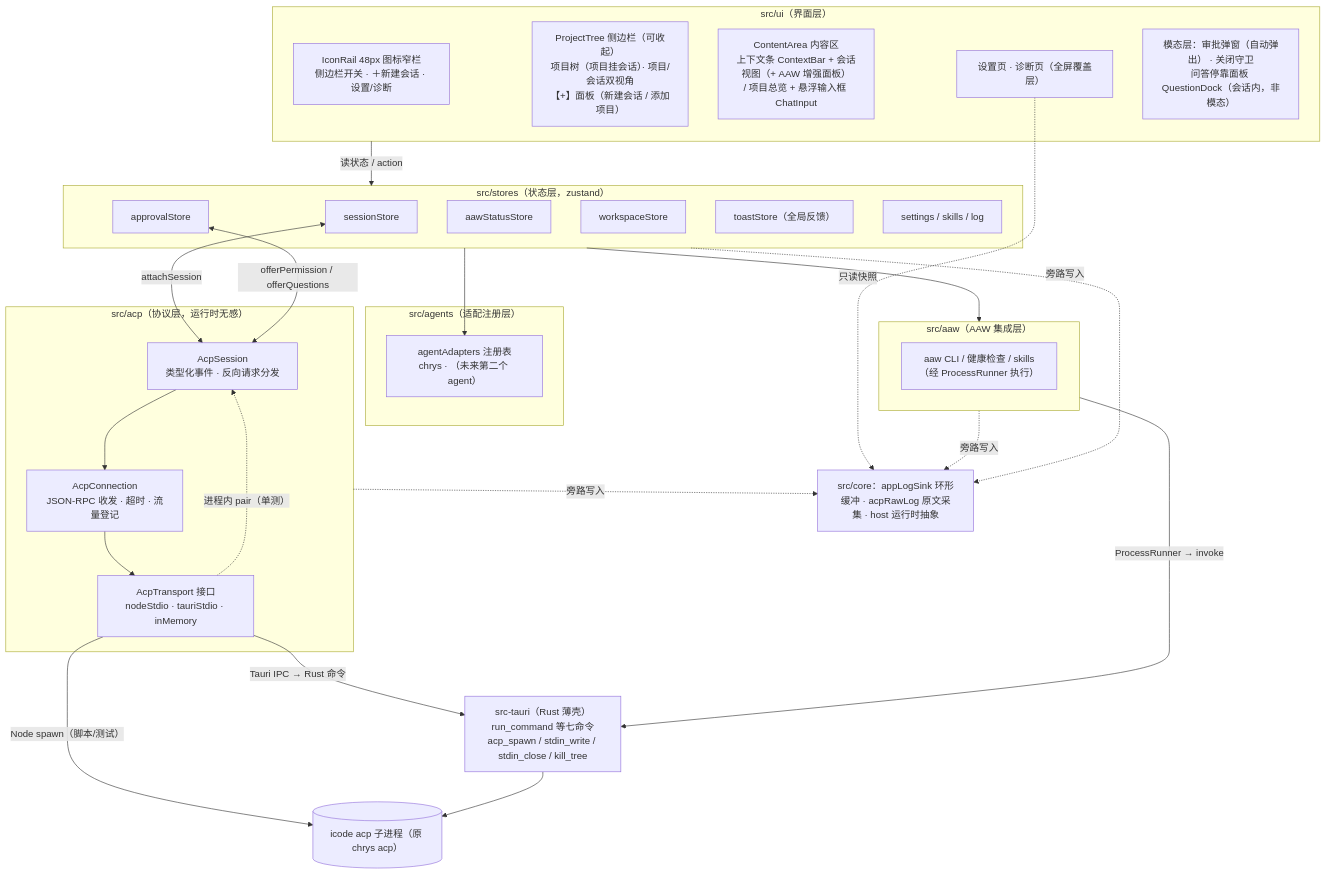
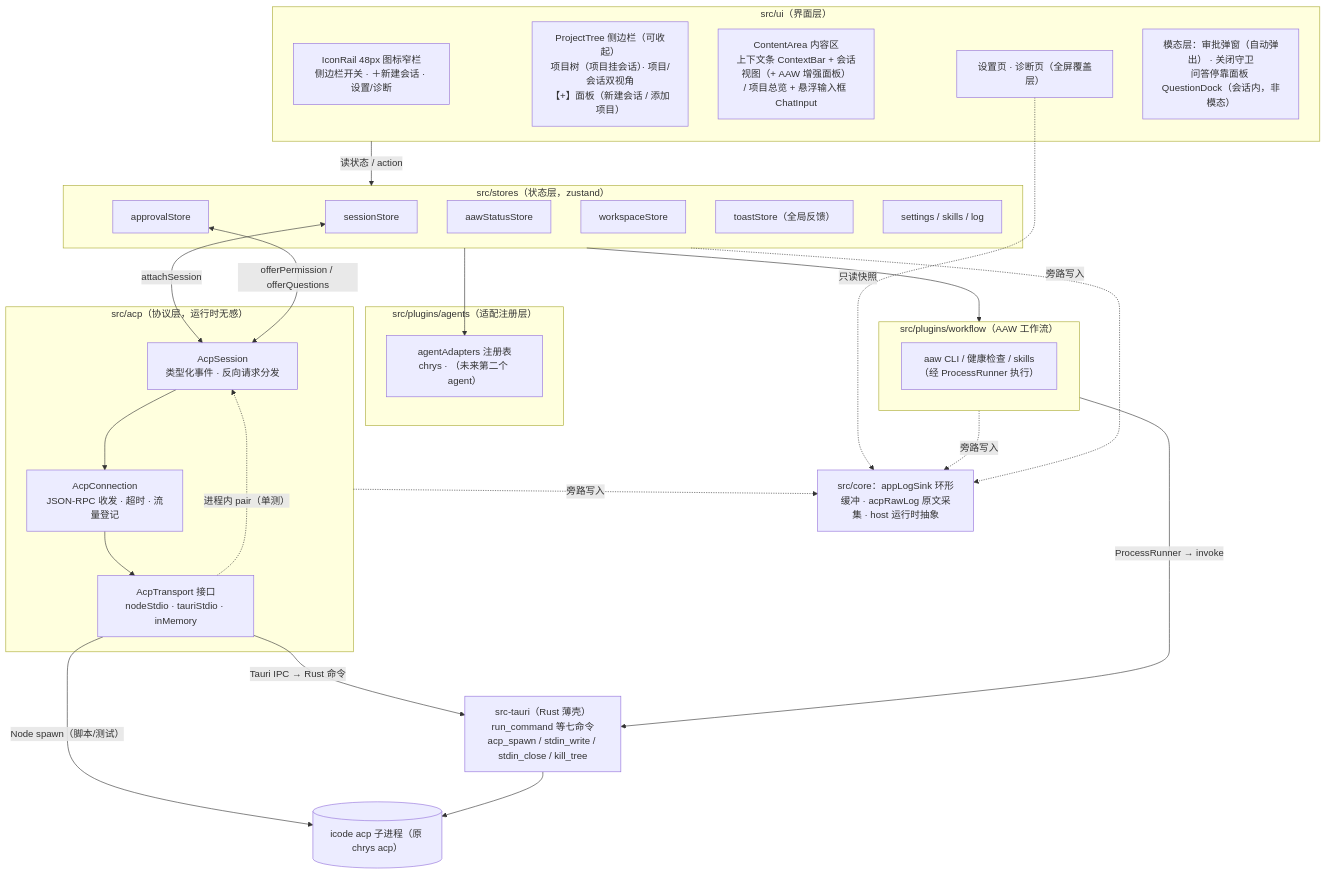
Before and after one commit to pi-ixel/Awesome-Agent-Workflow: the diagram in desktop/docs/architecture.md, drawn with Mermaid. The commit also changed other lines of this file and 957 other files, not shown here.

````diff
--- a/desktop/docs/architecture.md
+++ b/desktop/docs/architecture.md
@@ -10,50 +13,50 @@
 ```mermaid
 flowchart TB
     subgraph UI["src/ui（界面层）"]
         Rail["IconRail 48px 图标窄栏<br/>侧边栏开关 · ＋新建会话 · 设置/诊断"]
         Tree["ProjectTree 侧边栏（可收起）<br/>项目树（项目挂会话）· 项目/会话双视角<br/>【+】面板（新建会话 / 添加项目）"]
         Content["ContentArea 内容区<br/>上下文条 ContextBar + 会话视图（+ AAW 增强面板）<br/>/ 项目总览 + 悬浮输入框 ChatInput"]
         Pages["设置页 · 诊断页（全屏覆盖层）"]
         Modals["模态层：审批弹窗（自动弹出） · 关闭守卫<br/>问答停靠面板 QuestionDock（会话内，非模态）"]
     end
 
     subgraph Stores["src/stores（状态层，zustand）"]
         SessionStore["sessionStore"]
         ApprovalStore["approvalStore"]
         AawStore["aawStatusStore"]
         WorkspaceStore["workspaceStore"]
         ToastStore["toastStore（全局反馈）"]
         Others["settings / skills / log"]
     end
 
-    subgraph Agents["src/agents（适配注册层）"]
+    subgraph Agents["src/plugins/agents（适配注册层）"]
         Registry["agentAdapters 注册表<br/>chrys · （未来第二个 agent）"]
     end
 
     subgraph ACP["src/acp（协议层，运行时无感）"]
         Session["AcpSession<br/>类型化事件 · 反向请求分发"]
         Conn["AcpConnection<br/>JSON-RPC 收发 · 超时 · 流量登记"]
         Transports["AcpTransport 接口<br/>nodeStdio · tauriStdio · inMemory"]
     end
 
-    subgraph AAW["src/aaw（AAW 集成层）"]
+    subgraph AAW["src/plugins/workflow（AAW 工作流）"]
         Cli["aaw CLI / 健康检查 / skills<br/>（经 ProcessRunner 执行）"]
     end
 
     Core["src/core：appLogSink 环形缓冲 · acpRawLog 原文采集 · host 运行时抽象"]
     Rust["src-tauri（Rust 薄壳）<br/>run_command 等七命令<br/>acp_spawn / stdin_write / stdin_close / kill_tree"]
     Chrys[("icode acp 子进程（原 chrys acp）")]
 
     UI -->|读状态 / action| Stores
     Stores --> AAW
     Stores --> Registry
     SessionStore <-->|attachSession| Session
     ApprovalStore <-->|offerPermission / offerQuestions| Session
     Session --> Conn --> Transports
     Transports -->|Node spawn（脚本/测试）| Chrys
     Transports -->|Tauri IPC → Rust 命令| Rust --> Chrys
     Transports -.->|进程内 pair（单测）| Session
     AAW -->|ProcessRunner → invoke| Rust
     ACP & AAW & Stores -.->|旁路写入| Core
     Pages -.->|只读快照| Core
 ```
````
